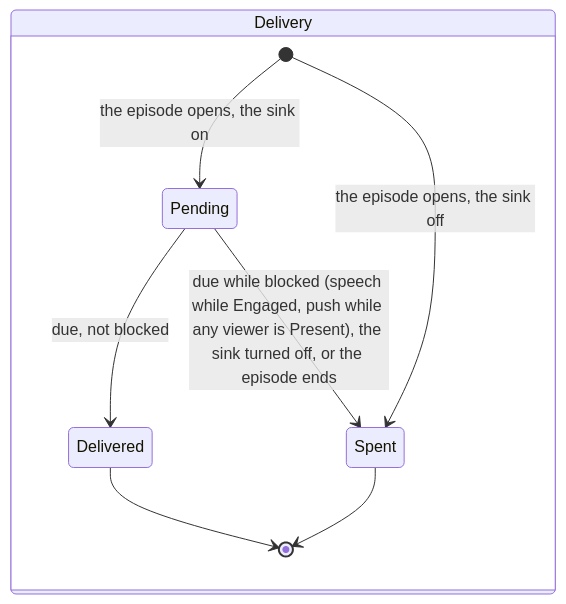
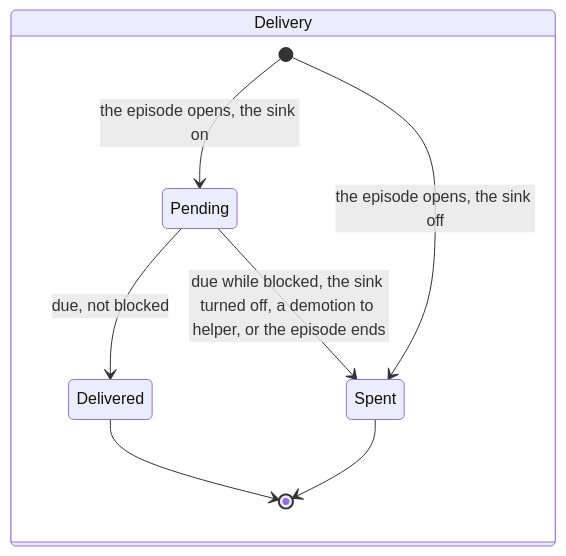
Diagram 13 of 16 in docs/specs/alert.md (diffplug/dormouse), drawn with Mermaid before and after one commit. The commit also changed other lines of this file and 5 other files, not shown here.

````diff
--- a/docs/specs/alert.md
+++ b/docs/specs/alert.md
@@ -306,11 +306,11 @@
 ```mermaid
 stateDiagram-v2
   state "Delivery" as Delivery {
     [*] --> Pending: the episode opens, the sink on
     [*] --> Spent: the episode opens, the sink off
     Pending --> Delivered: due, not blocked
-    Pending --> Spent: due while blocked (speech while Engaged, push while any viewer is Present), the sink turned off, or the episode ends
+    Pending --> Spent: due while blocked, the sink turned off, a demotion to helper, or the episode ends
     Delivered --> [*]
     Spent --> [*]
   }
 ```
````
